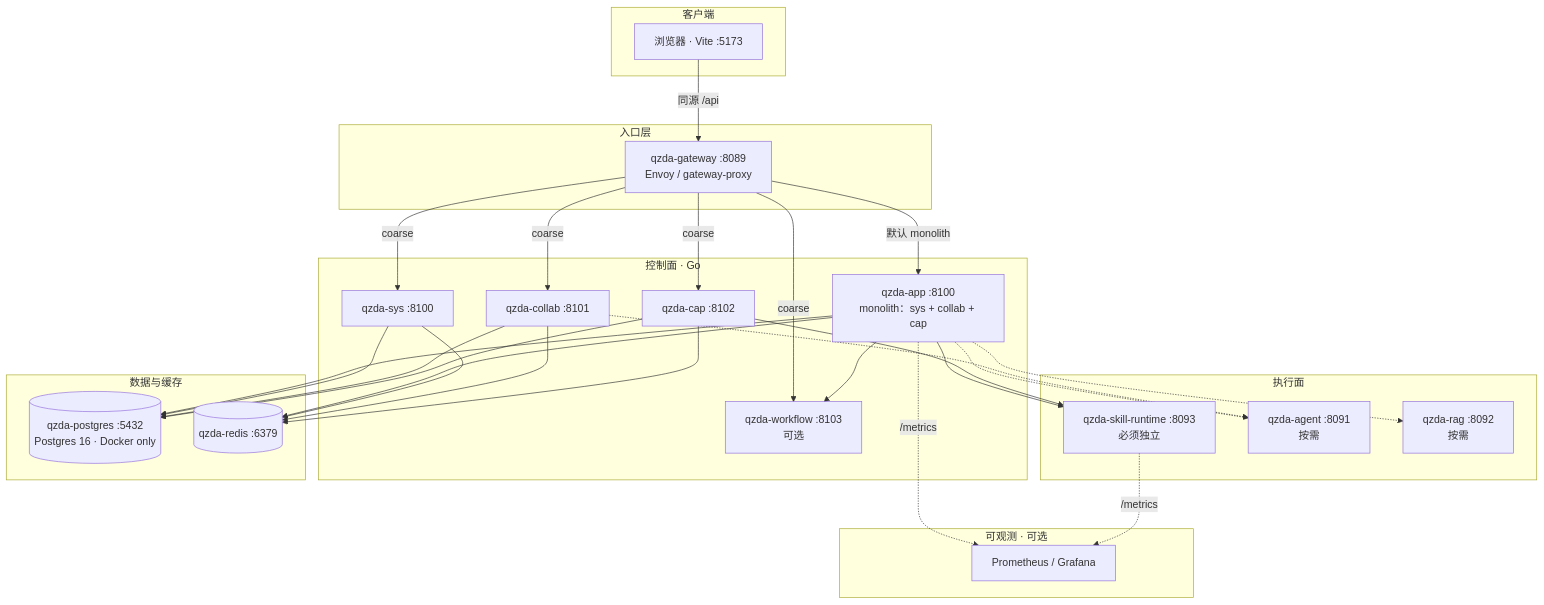
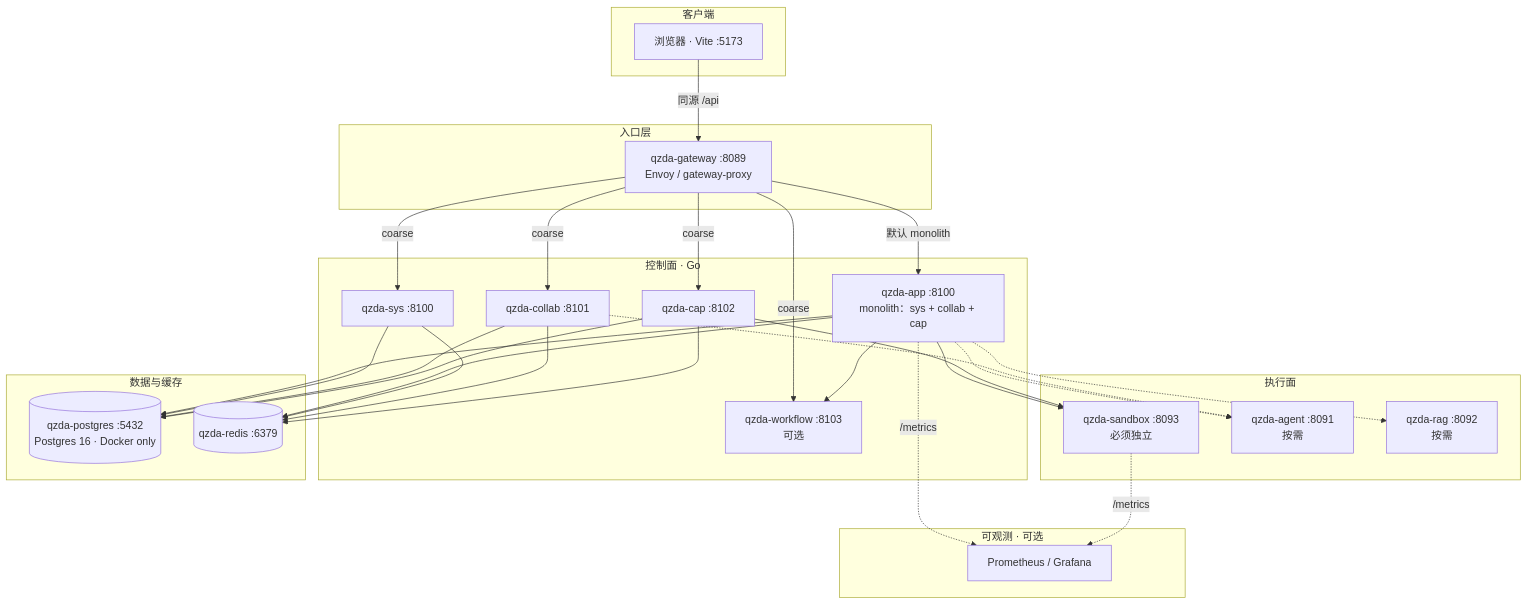
Before and after one commit to Lianjifu/QiZhiDaPartnerPlatform: the second of 5 diagrams in README.md, drawn with Mermaid. The commit also changed other lines of this file and 69 other files, not shown here.

````diff
--- a/README.md
+++ b/README.md
@@ -317,47 +317,47 @@
 ```mermaid
 flowchart TB
   subgraph Client["客户端"]
     Browser["浏览器 · Vite :5173"]
   end
 
   subgraph Edge["入口层"]
     GW["qzda-gateway :8089<br/>Envoy / gateway-proxy"]
   end
 
   subgraph Control["控制面 · Go"]
     APP["qzda-app :8100<br/>monolith：sys + collab + cap"]
     SYS["qzda-sys :8100"]
     COL["qzda-collab :8101"]
     CAP["qzda-cap :8102"]
     WF["qzda-workflow :8103<br/>可选"]
   end
 
   subgraph Exec["执行面"]
-    SK["qzda-skill-runtime :8093<br/>必须独立"]
+    SK["qzda-sandbox :8093<br/>必须独立"]
     AG["qzda-agent :8091<br/>按需"]
     RAG["qzda-rag :8092<br/>按需"]
   end
 
   subgraph Data["数据与缓存"]
     PG[("qzda-postgres :5432<br/>Postgres 16 · Docker only")]
     RD[("qzda-redis :6379")]
   end
 
   subgraph Obs["可观测 · 可选"]
     PROM[Prometheus / Grafana]
   end
 
   Browser -->|"同源 /api"| GW
   GW -->|"默认 monolith"| APP
   GW -->|"coarse"| SYS & COL & CAP & WF
 
   APP --> SK
   APP -.-> AG & RAG
   APP --> WF
   CAP --> SK
   COL -.-> AG
 
   APP & SYS & COL & CAP --> PG
   APP & SYS & COL & CAP --> RD
   APP & SK -.->|"/metrics"| PROM
 ```
````
